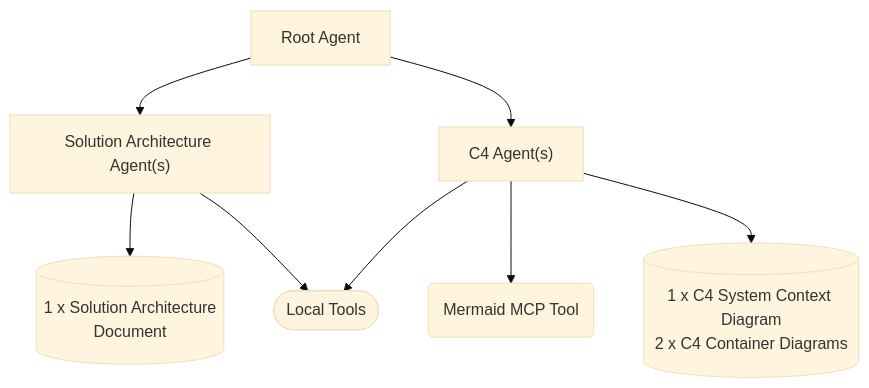
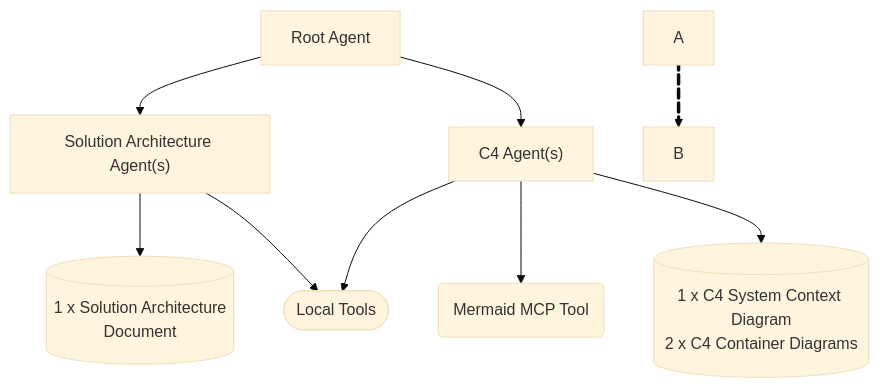
The diagram in README.md (choonchernlim/keep-my-job-app), drawn with Mermaid (base theme) before and after one commit.

Commit message:
Remove unnecessary video link from README.md

````diff
--- a/README.md
+++ b/README.md
@@ -20,12 +20,13 @@
 ```mermaid
 graph TD
-;
     RA[Root Agent] --> SA["Solution Architecture Agent(s)"];
     RA --> C4["C4 Agent(s)"];
     SA --> MK[(1 x Solution Architecture\nDocument)]
-    SA --> LT([Local Tools])
-    C4 --> LT
+    SA --> LT([Local Tools]);
+    C4 --> LT;
     C4 --> MCPT(Mermaid MCP Tool);
-    C4 --> C4D[(1 x C4 System Context Diagram\n2 x C4 Container Diagrams)]
+    C4 --> C4D[(1 x C4 System Context Diagram\n2 x C4 Container Diagrams)];
 
+    A e1@==> B
+    e1@{ animate: true }
 ```
````
